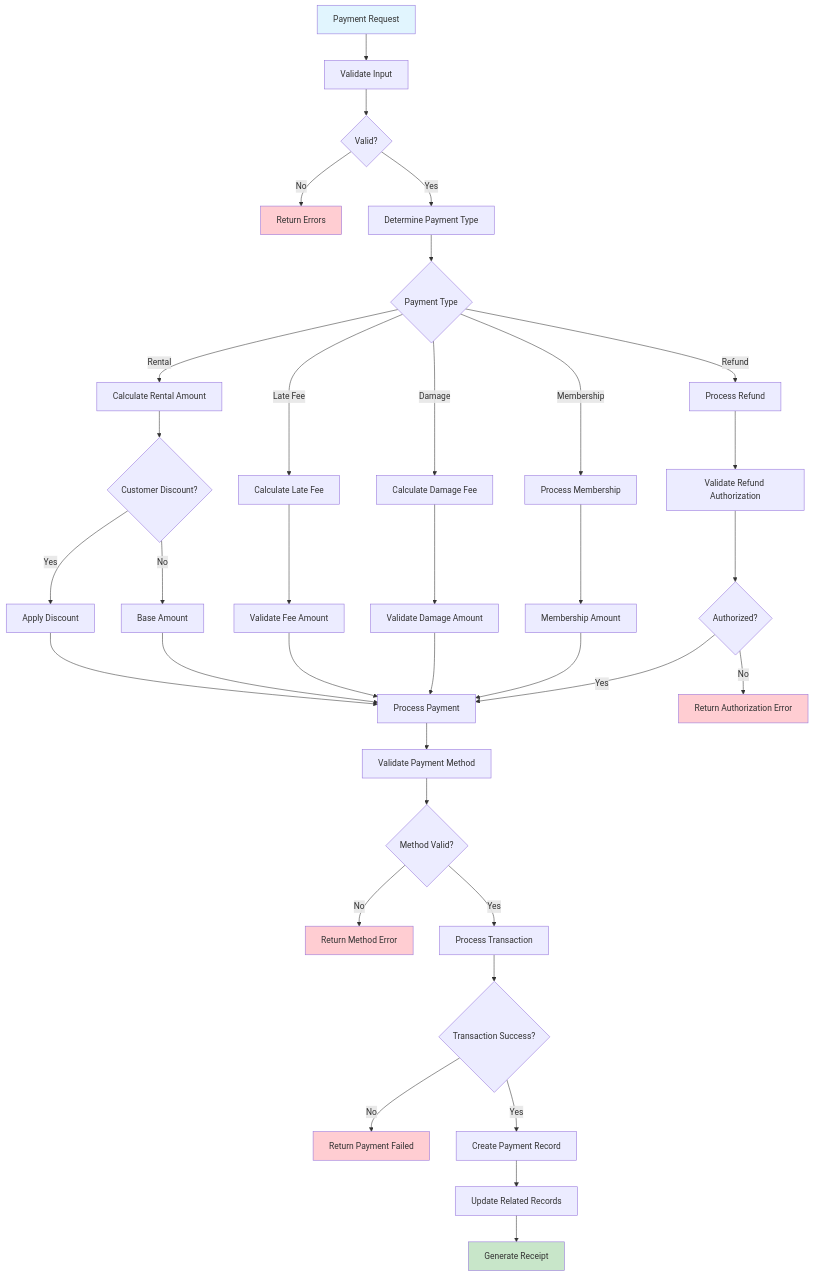
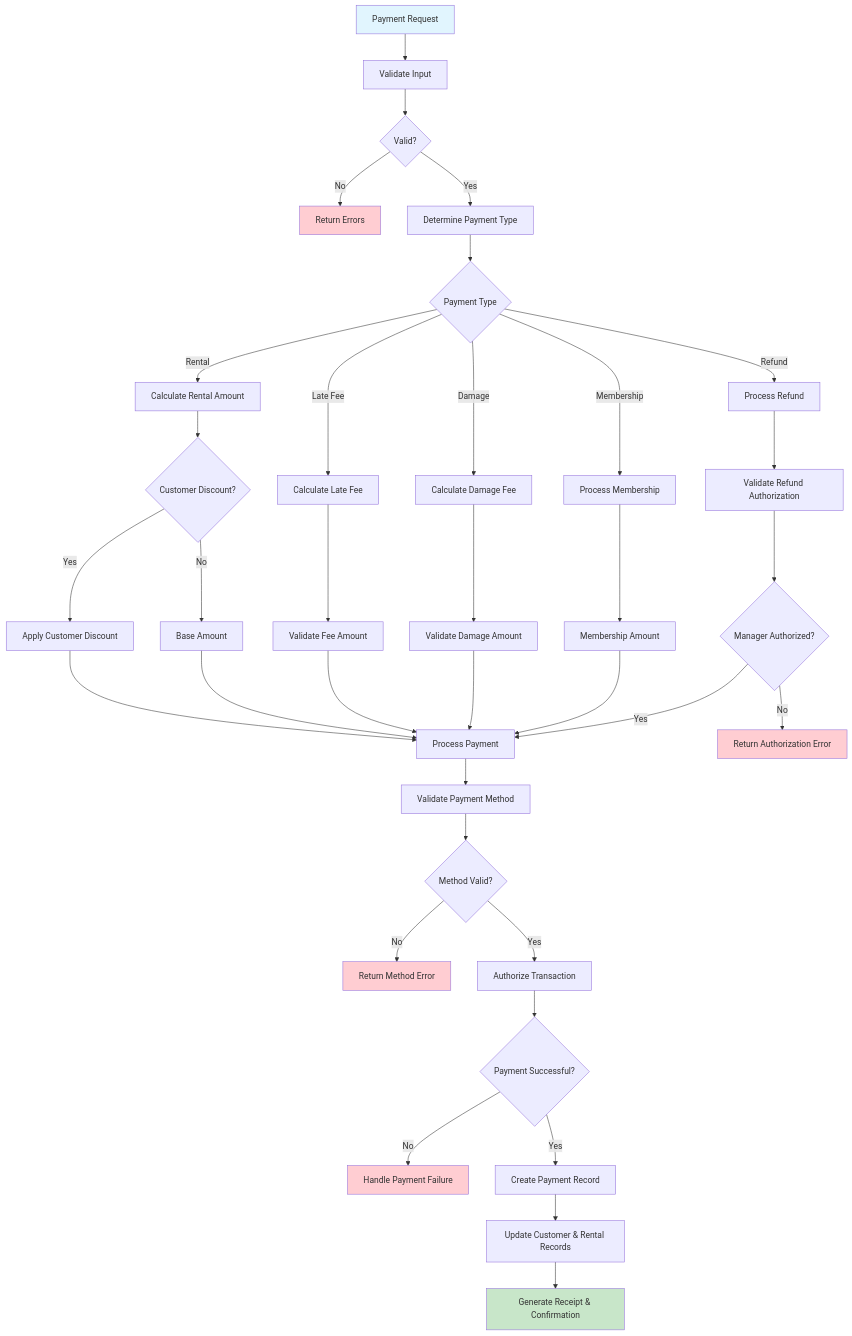
One commit to tiberius-s/video-rental-demo changed the diagram in diagrams/workflows/06-payment-processing-workflow.md. Above: the diagram before and after it, drawn with Mermaid. The commit also changed other lines of this file and 21 other files, not shown here.

````diff
--- a/diagrams/workflows/06-payment-processing-workflow.md
+++ b/diagrams/workflows/06-payment-processing-workflow.md
@@ -18,52 +35,52 @@
 ```mermaid
 flowchart TD
     A[Payment Request] --> B[Validate Input]
     B --> C{Valid?}
     C -->|No| D[Return Errors]
     C -->|Yes| E[Determine Payment Type]
 
     %% Payment Type Processing
     E --> F{Payment Type}
     F -->|Rental| G[Calculate Rental Amount]
     F -->|Late Fee| H[Calculate Late Fee]
     F -->|Damage| I[Calculate Damage Fee]
     F -->|Refund| J[Process Refund]
     F -->|Membership| K[Process Membership]
 
     %% Amount Calculation
     G --> L{Customer Discount?}
     H --> M[Validate Fee Amount]
     I --> N[Validate Damage Amount]
     J --> O[Validate Refund Authorization]
     K --> P[Membership Amount]
 
-    L -->|Yes| Q[Apply Discount]
+    L -->|Yes| Q[Apply Customer Discount]
     L -->|No| R[Base Amount]
     Q --> S[Process Payment]
     R --> S
     M --> S
     N --> S
-    O --> T{Authorized?}
+    O --> T{Manager Authorized?}
     P --> S
 
     T -->|No| U[Return Authorization Error]
     T -->|Yes| S
 
     %% Payment Processing
     S --> V[Validate Payment Method]
     V --> W{Method Valid?}
     W -->|No| X[Return Method Error]
-    W -->|Yes| Y[Process Transaction]
-    Y --> Z{Transaction Success?}
-    Z -->|No| AA[Return Payment Failed]
+    W -->|Yes| Y[Authorize Transaction]
+    Y --> Z{Payment Successful?}
+    Z -->|No| AA[Handle Payment Failure]
     Z -->|Yes| BB[Create Payment Record]
-    BB --> CC[Update Related Records]
-    CC --> DD[Generate Receipt]
+    BB --> CC[Update Customer & Rental Records]
+    CC --> DD[Generate Receipt & Confirmation]
 
     style A fill:#e1f5fe
     style DD fill:#c8e6c9
     style D fill:#ffcdd2
     style U fill:#ffcdd2
     style X fill:#ffcdd2
     style AA fill:#ffcdd2
 ```
````
